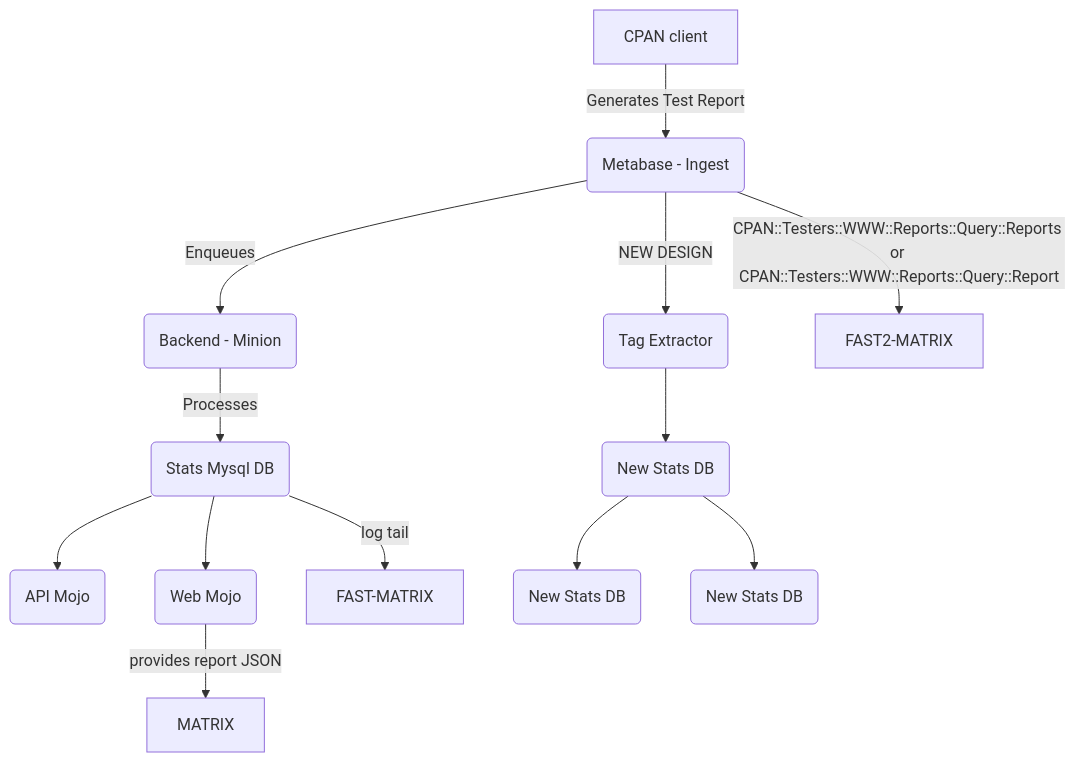
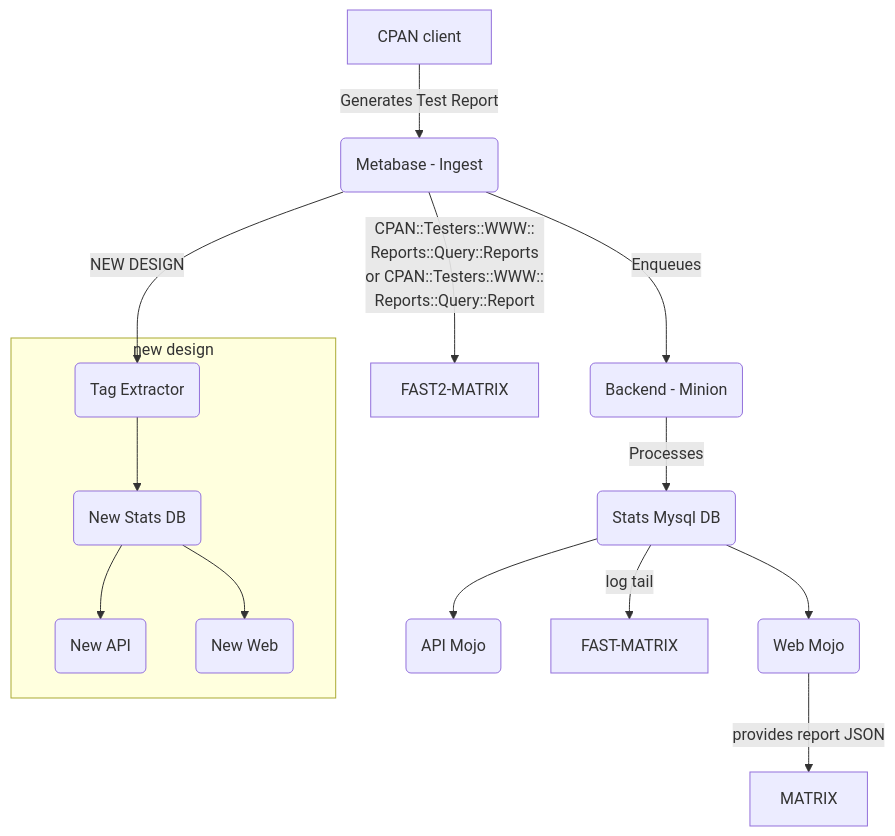
Before and after one commit to cpan-testers/cpantesters-inventory: the diagram in report_flow.md, drawn with Mermaid.

Commit message:
more flow structure

````diff
--- a/report_flow.md
+++ b/report_flow.md
@@ -3,15 +3,20 @@
 ```mermaid
 flowchart TD
     A[CPAN client] -->|Generates Test Report| B(Metabase - Ingest)
     B -->|Enqueues| C(Backend - Minion)
     C -->|Processes| D(Stats Mysql DB)
     D --> F(API Mojo)
     D --> G(Web Mojo)
     B -->|NEW DESIGN| H(Tag Extractor)
+    subgraph new design
     H --> I(New Stats DB)
-    I --> J(New Stats DB)
-    I --> K(New Stats DB)
+    I --> J(New API)
+    I --> K(New Web)
+    end
     G -->|provides report JSON| MATRIX
     D -->|log tail| FAST-MATRIX
-    B -->|CPAN::Testers::WWW::Reports::Query::Reports or CPAN::Testers::WWW::Reports::Query::Report| FAST2-MATRIX
+    B -->   |CPAN::Testers::WWW::
+            Reports::Query::Reports
+            or CPAN::Testers::WWW::
+            Reports::Query::Report| FAST2-MATRIX
 ```
````
